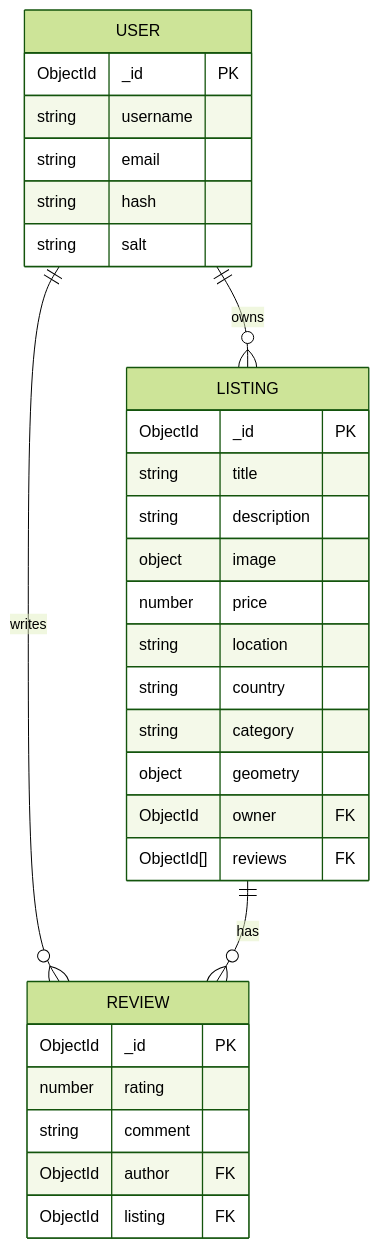
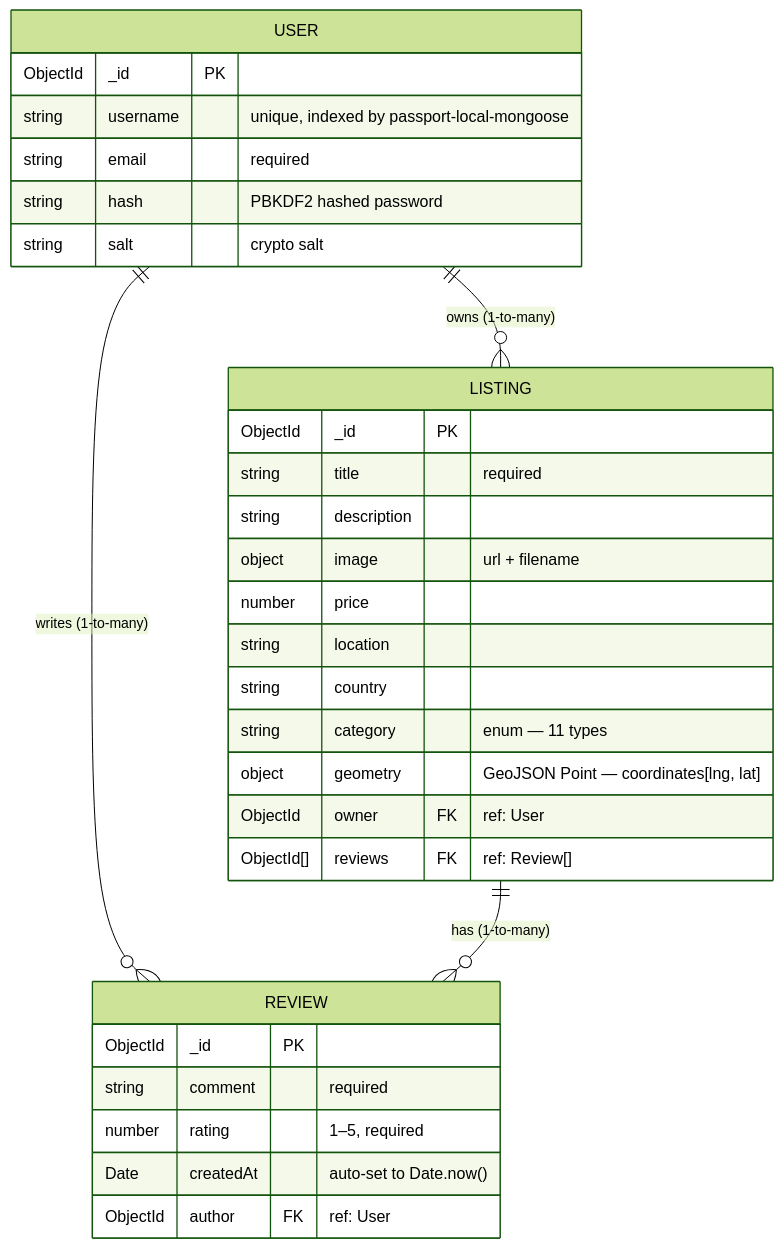
One commit to rajayush6200/rajspace changed the fifth of 5 diagrams in README.md. Above: the diagram before and after it, drawn with Mermaid (forest theme). The commit also changed other lines of this file, not shown here.

````diff
--- a/README.md
+++ b/README.md
@@ -260,36 +484,36 @@
 ```mermaid
 erDiagram
-    USER ||--o{ LISTING : owns
-    USER ||--o{ REVIEW : writes
-    LISTING ||--o{ REVIEW : has
+    USER ||--o{ LISTING : "owns (1-to-many)"
+    USER ||--o{ REVIEW : "writes (1-to-many)"
+    LISTING ||--o{ REVIEW : "has (1-to-many)"
 
     USER {
         ObjectId _id PK
-        string username
-        string email
-        string hash
-        string salt
+        string username "unique, indexed by passport-local-mongoose"
+        string email "required"
+        string hash "PBKDF2 hashed password"
+        string salt "crypto salt"
     }
 
     LISTING {
         ObjectId _id PK
-        string title
+        string title "required"
         string description
-        object image
+        object image "url + filename"
         number price
         string location
         string country
-        string category
-        object geometry
-        ObjectId owner FK
-        ObjectId[] reviews FK
+        string category "enum — 11 types"
+        object geometry "GeoJSON Point — coordinates[lng, lat]"
+        ObjectId owner FK "ref: User"
+        ObjectId[] reviews FK "ref: Review[]"
     }
 
     REVIEW {
         ObjectId _id PK
-        number rating
-        string comment
-        ObjectId author FK
-        ObjectId listing FK
+        string comment "required"
+        number rating "1–5, required"
+        Date createdAt "auto-set to Date.now()"
+        ObjectId author FK "ref: User"
     }
 ```
````
